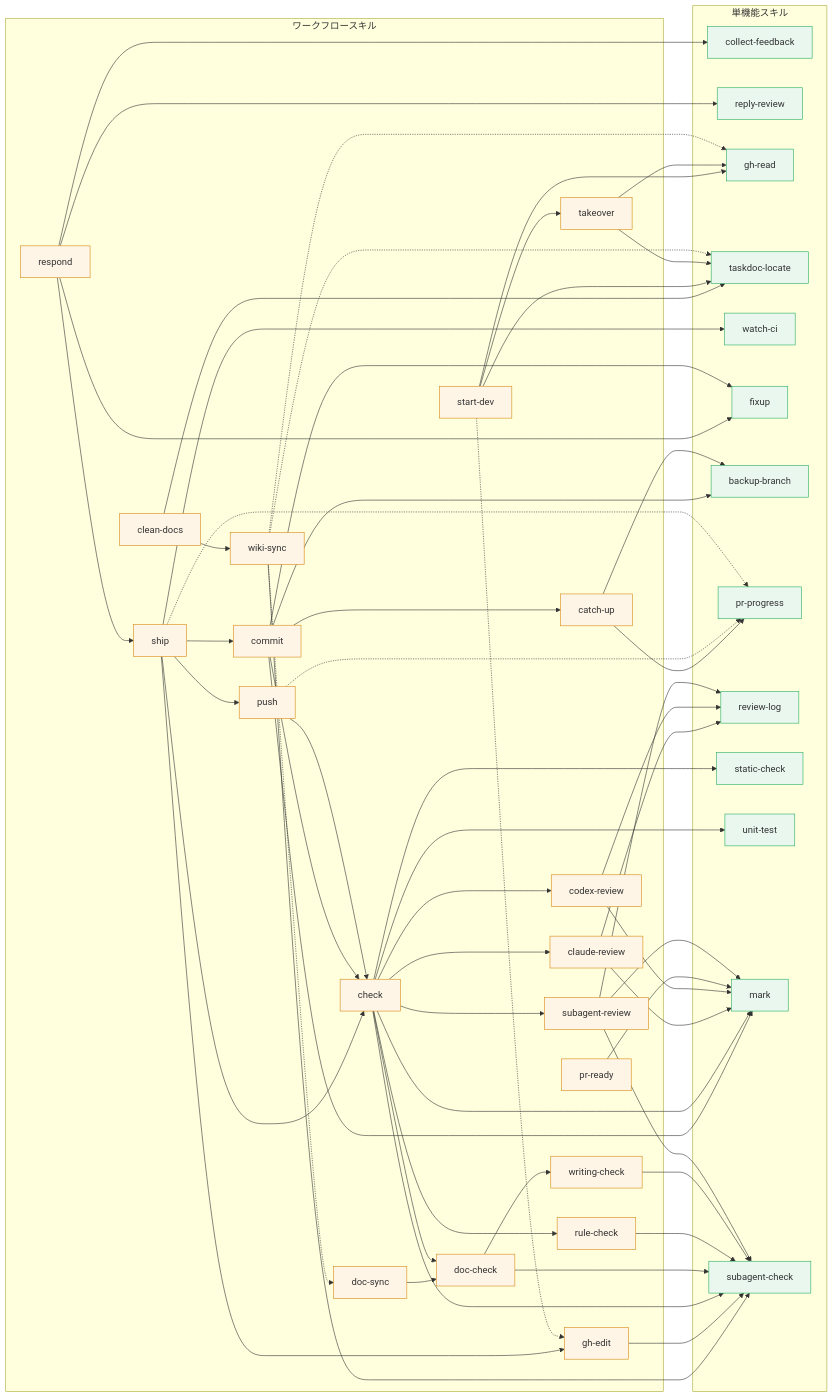
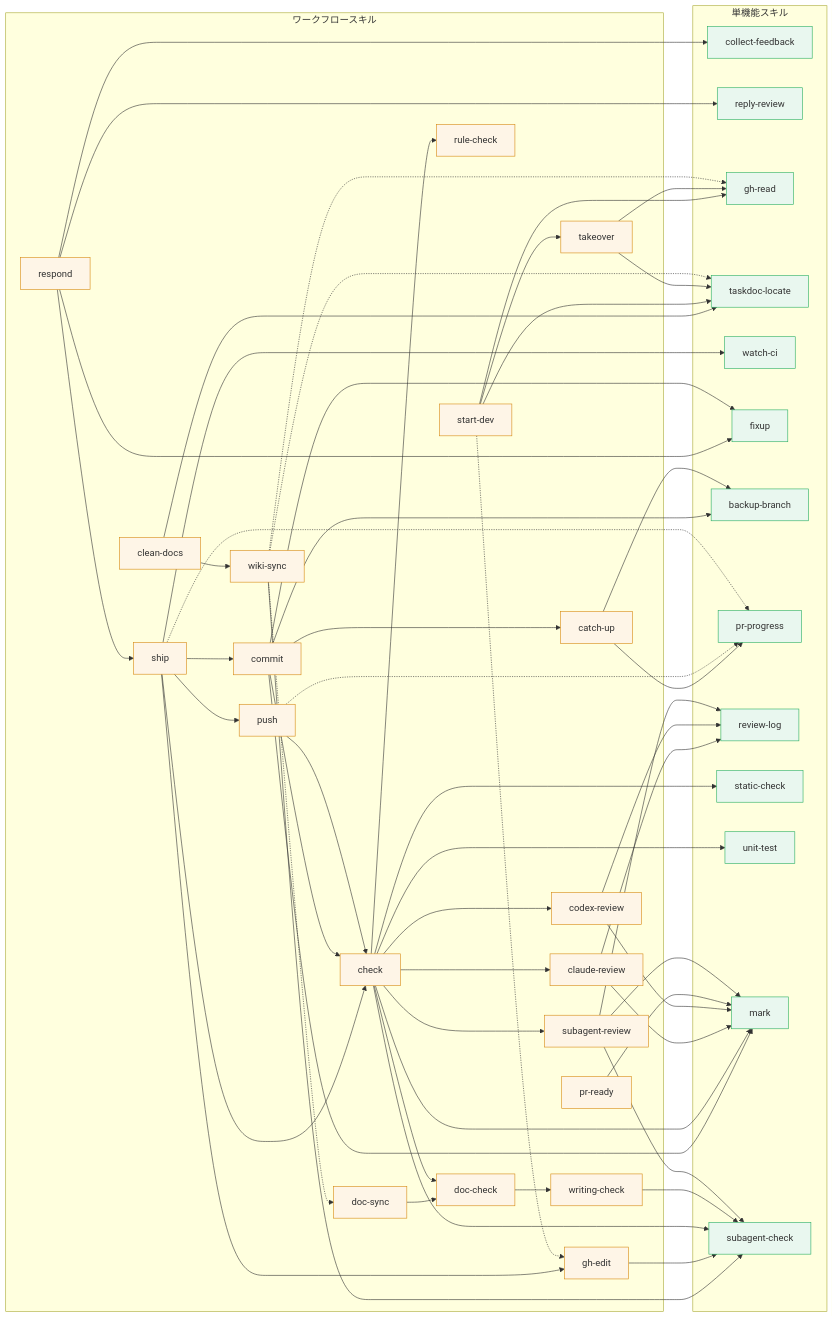
One commit to mistbind3u88/bonsai changed the second of 2 diagrams in README.md. Above: the diagram before and after it, drawn with Mermaid. The commit also changed 5 other files, not shown here.

```diff
--- a/README.md
+++ b/README.md
@@ -196,9 +196,7 @@
     check --> subagent-review
     catch-up --> backup-branch
     catch-up --> pr-progress
-    doc-check --> subagent-check
     doc-check --> writing-check
-    rule-check --> subagent-check
     writing-check --> subagent-check
     claude-review --> review-log
     claude-review --> mark
```
